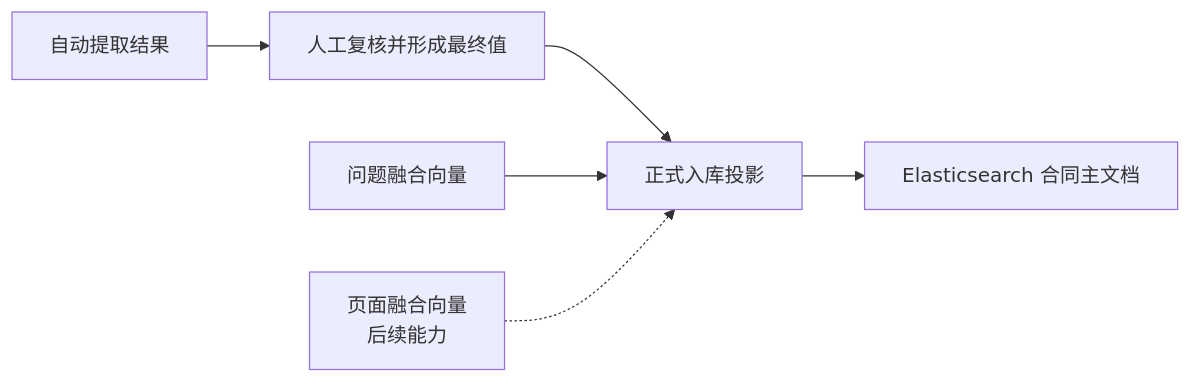
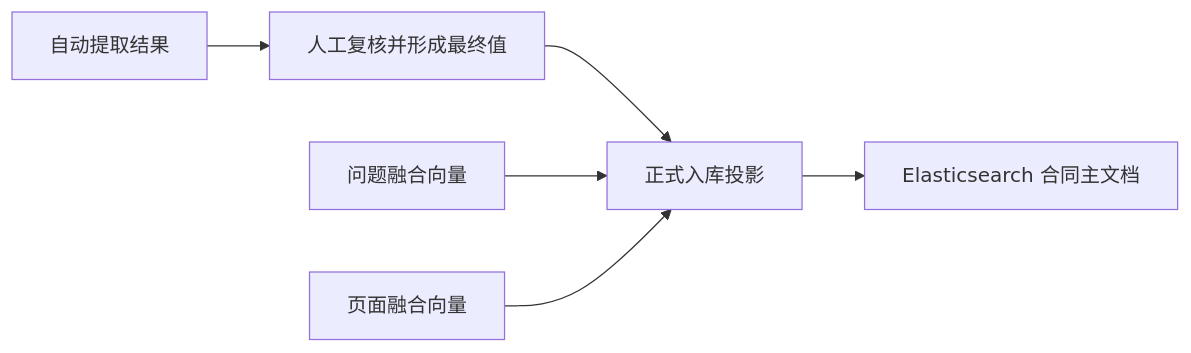
Before and after one commit to caicai-6666/contract-service-be: the first of 2 diagrams in description/architecture/data/contract-elasticsearch-document.md, drawn with Mermaid. The commit also changed other lines of this file and 79 other files, not shown here.

````diff
--- a/description/architecture/data/contract-elasticsearch-document.md
+++ b/description/architecture/data/contract-elasticsearch-document.md
@@ -260,14 +260,14 @@
 ```mermaid
 flowchart LR
     extraction["自动提取结果"]
     review["人工复核并形成最终值"]
     question_vector["问题融合向量"]
-    page_vector["页面融合向量<br/>后续能力"]
+    page_vector["页面融合向量"]
     projection["正式入库投影"]
     elasticsearch["Elasticsearch 合同主文档"]
 
     extraction --> review --> projection
     question_vector --> projection
-    page_vector -.-> projection
+    page_vector --> projection
     projection --> elasticsearch
 ```
````
